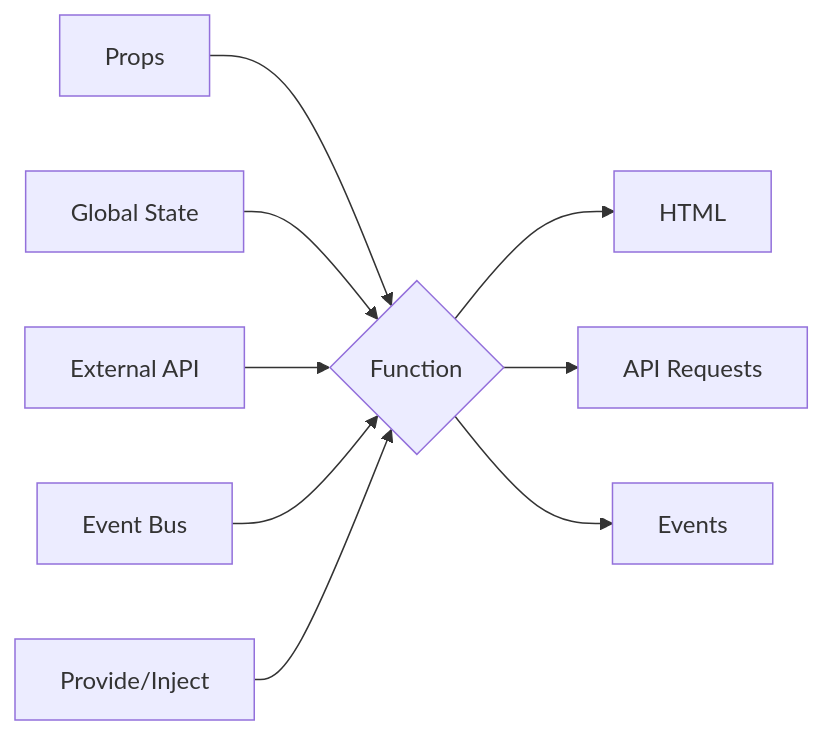
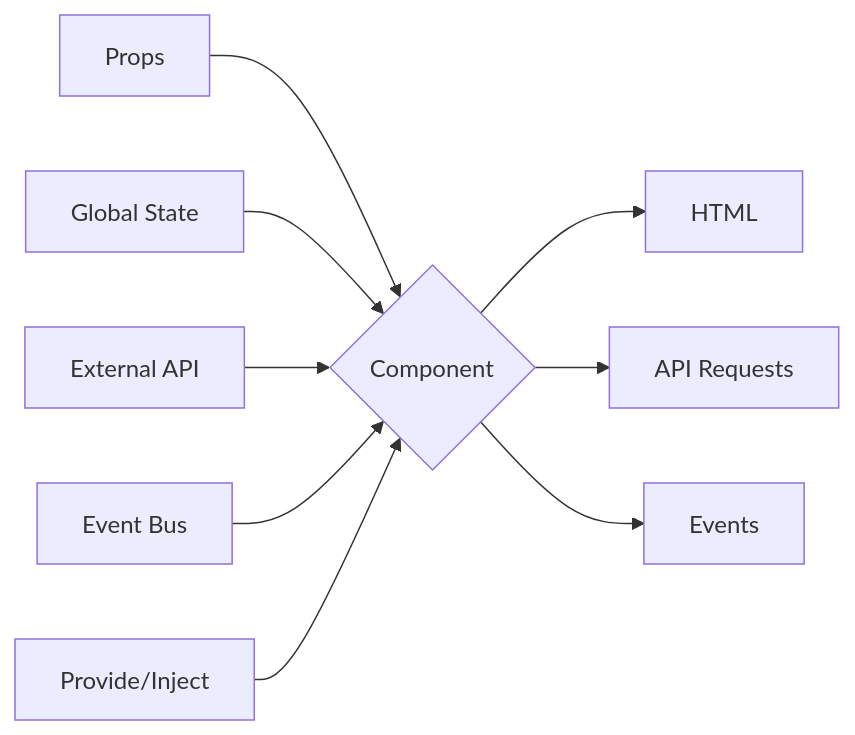
The tenth of 12 diagrams in slides.md (lindsaykwardell/vgs-functional-programming), drawn with Mermaid before and after one commit. The commit also changed other lines of this file and 1 other file, not shown here.

````diff
--- a/slides.md
+++ b/slides.md
@@ -516,11 +571,11 @@
 ```mermaid
 flowchart LR
-    Props --> Function
-    state[Global State] --> Function
-    api[External API] --> Function
-    bus[Event Bus] --> Function
-    provide[Provide/Inject] --> Function
-    Function{Function} --> HTML
-    Function{Function} --> api2[API Requests]
-    Function{Function} --> emit[Events]
+    Props --> Component
+    state[Global State] --> Component
+    api[External API] --> Component
+    bus[Event Bus] --> Component
+    provide[Provide/Inject] --> Component
+    Component{Component} --> HTML
+    Component{Component} --> api2[API Requests]
+    Component{Component} --> emit[Events]
 ```
````
